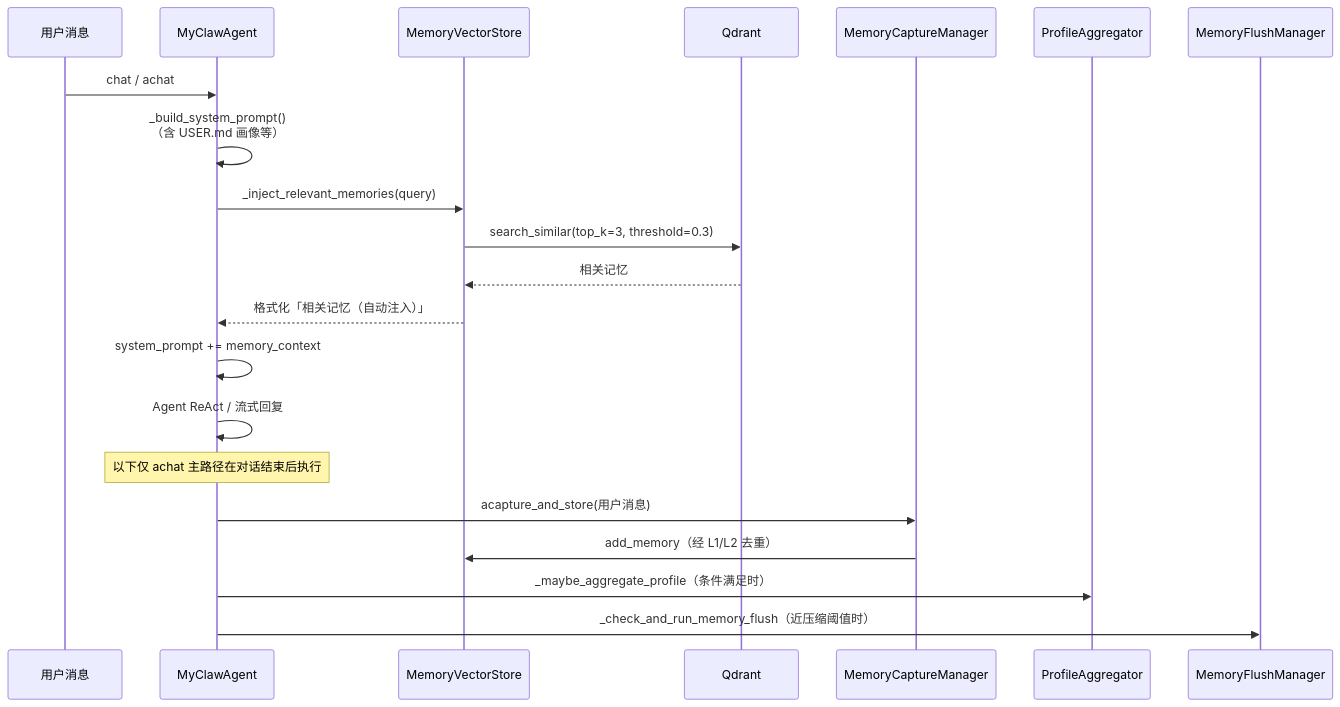
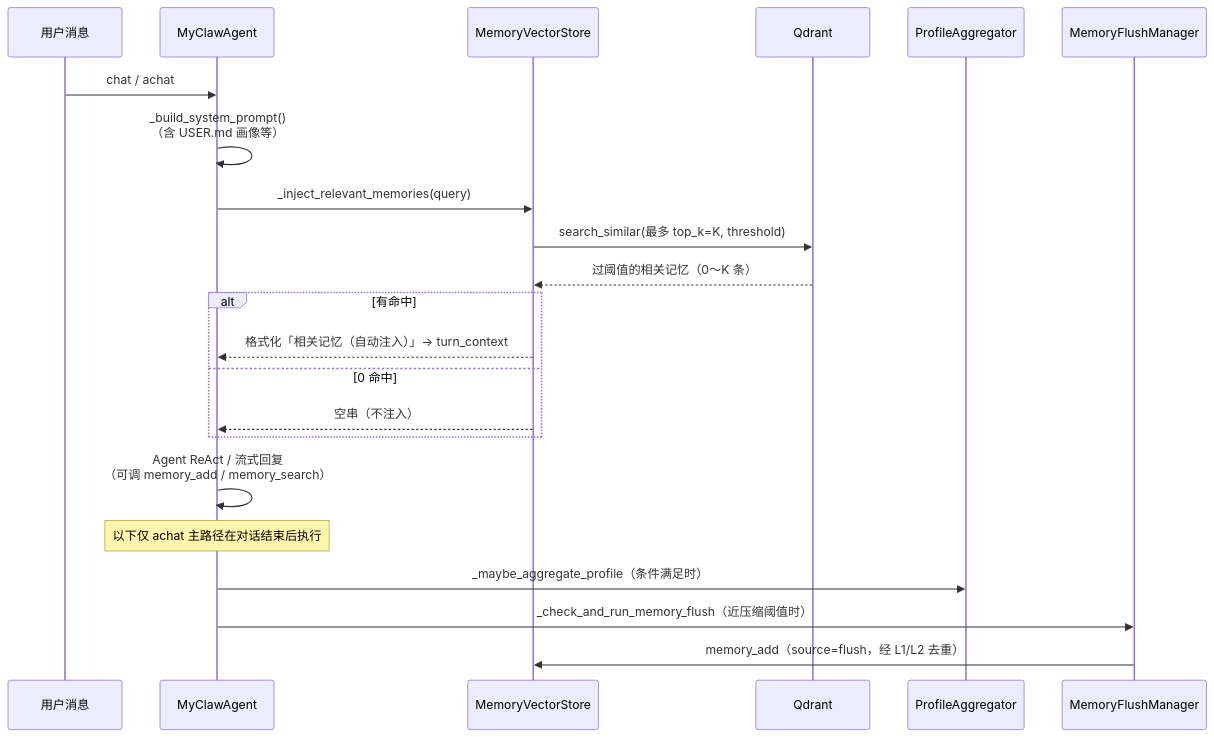
The second of 6 diagrams in docs/MyClaw实现详解/MyClaw_Memory实现文档.md (promisestar/MyClaw), drawn with Mermaid before and after one commit. The commit also changed other lines of this file and 15 other files, not shown here.

````diff
--- a/docs/MyClaw实现详解/MyClaw_Memory实现文档.md
+++ b/docs/MyClaw实现详解/MyClaw_Memory实现文档.md
@@ -73,24 +74,25 @@
 ```mermaid
 sequenceDiagram
     participant U as 用户消息
     participant A as MyClawAgent
     participant VS as MemoryVectorStore
     participant QD as Qdrant
-    participant Cap as MemoryCaptureManager
     participant PA as ProfileAggregator
     participant Flush as MemoryFlushManager
 
     U->>A: chat / achat
     A->>A: _build_system_prompt()<br/>（含 USER.md 画像等）
     A->>VS: _inject_relevant_memories(query)
-    VS->>QD: search_similar(top_k=3, threshold=0.3)
-    QD-->>VS: 相关记忆
-    VS-->>A: 格式化「相关记忆（自动注入）」
-    A->>A: system_prompt += memory_context
-    A->>A: Agent ReAct / 流式回复
+    VS->>QD: search_similar(最多 top_k=K, threshold)
+    QD-->>VS: 过阈值的相关记忆（0～K 条）
+    alt 有命中
+        VS-->>A: 格式化「相关记忆（自动注入）」→ turn_context
+    else 0 命中
+        VS-->>A: 空串（不注入）
+    end
+    A->>A: Agent ReAct / 流式回复<br/>（可调 memory_add / memory_search）
     Note over A: 以下仅 achat 主路径在对话结束后执行
-    A->>Cap: acapture_and_store(用户消息)
-    Cap->>VS: add_memory（经 L1/L2 去重）
     A->>PA: _maybe_aggregate_profile（条件满足时）
     A->>Flush: _check_and_run_memory_flush（近压缩阈值时）
+    Flush->>VS: memory_add（source=flush，经 L1/L2 去重）
 ```
````
